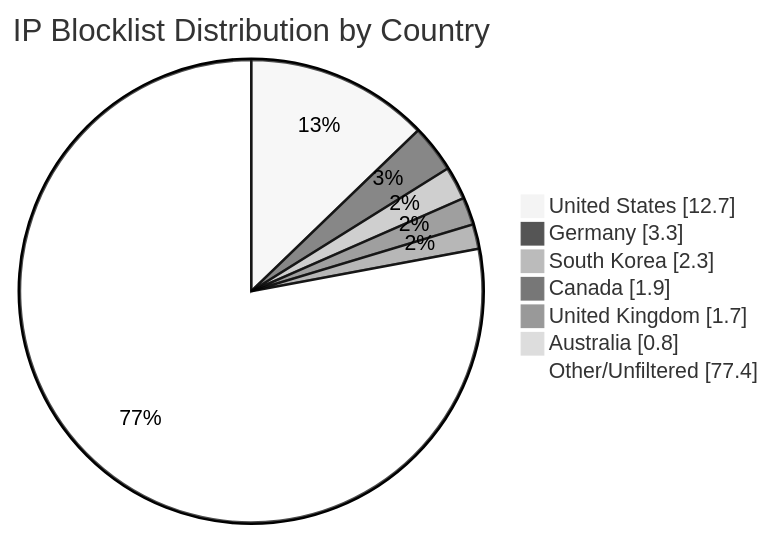
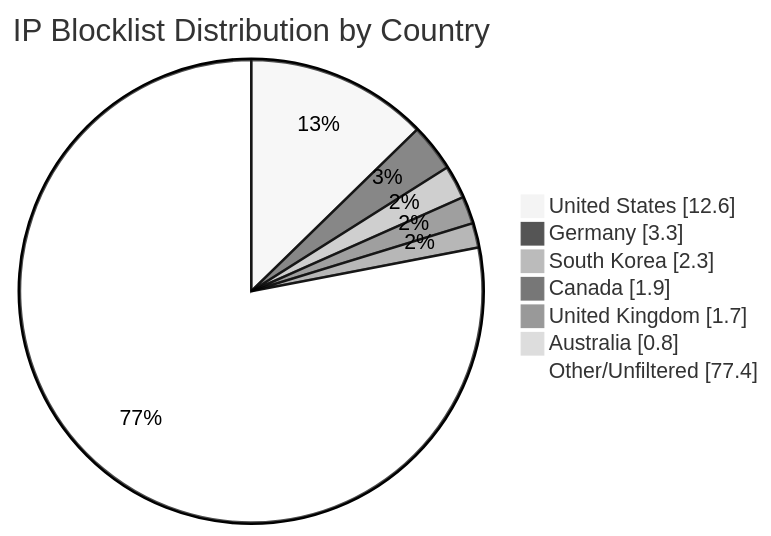
The diagram in README.md (MarcusHoltz/ipblocklist-geofiltered-aggregator), drawn with Mermaid (neutral theme) before and after one commit. The commit also changed other lines of this file and 9 other files, not shown here.

````diff
--- a/README.md
+++ b/README.md
@@ -34,10 +34,10 @@
 ```mermaid
 pie showData title IP Blocklist Distribution by Country
-"United States" : 12.7
+"United States" : 12.6
 "Germany" : 3.3
 "South Korea" : 2.3
 "Canada" : 1.9
 "United Kingdom" : 1.7
 "Australia" : 0.8
 "Other/Unfiltered" : 77.4
 ```
````
